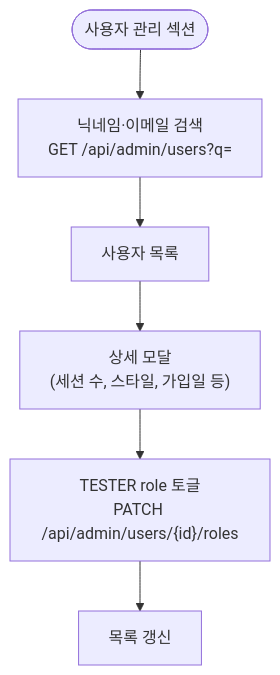
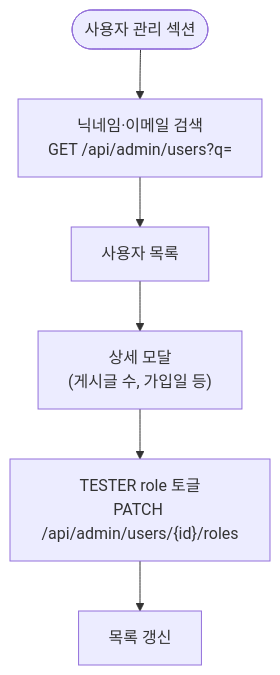
The third of 3 diagrams in frontend/docs/ux/flows/09-admin.md (Justant-source/Again-Spring), drawn with Mermaid before and after one commit. The commit also changed other lines of this file and 58 other files, not shown here.

````diff
--- a/frontend/docs/ux/flows/09-admin.md
+++ b/frontend/docs/ux/flows/09-admin.md
@@ -71,8 +97,8 @@
 ```mermaid
 flowchart TD
     UserMgmt(["사용자 관리 섹션"]) --> Search["닉네임·이메일 검색\nGET /api/admin/users?q="]
     Search --> UserList["사용자 목록"]
-    UserList --> DetailModal["상세 모달\n(세션 수, 스타일, 가입일 등)"]
+    UserList --> DetailModal["상세 모달\n(게시글 수, 가입일 등)"]
     DetailModal --> TesterToggle["TESTER role 토글\nPATCH /api/admin/users/{id}/roles"]
     TesterToggle --> Refresh["목록 갱신"]
 ```
````
